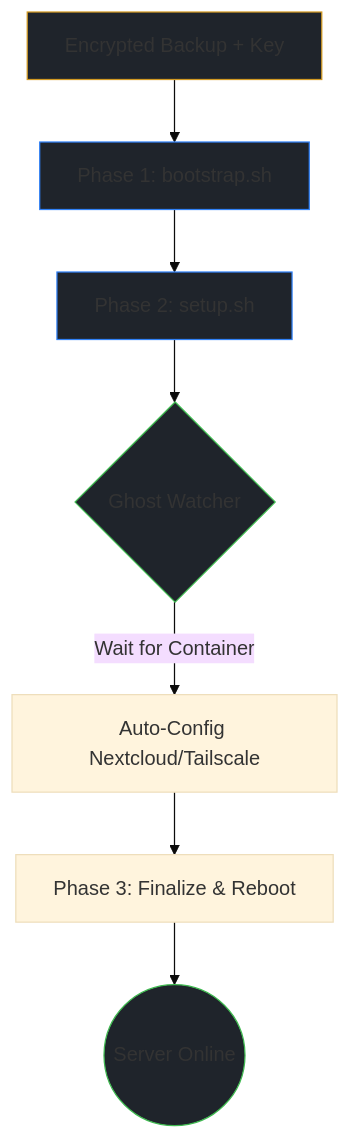
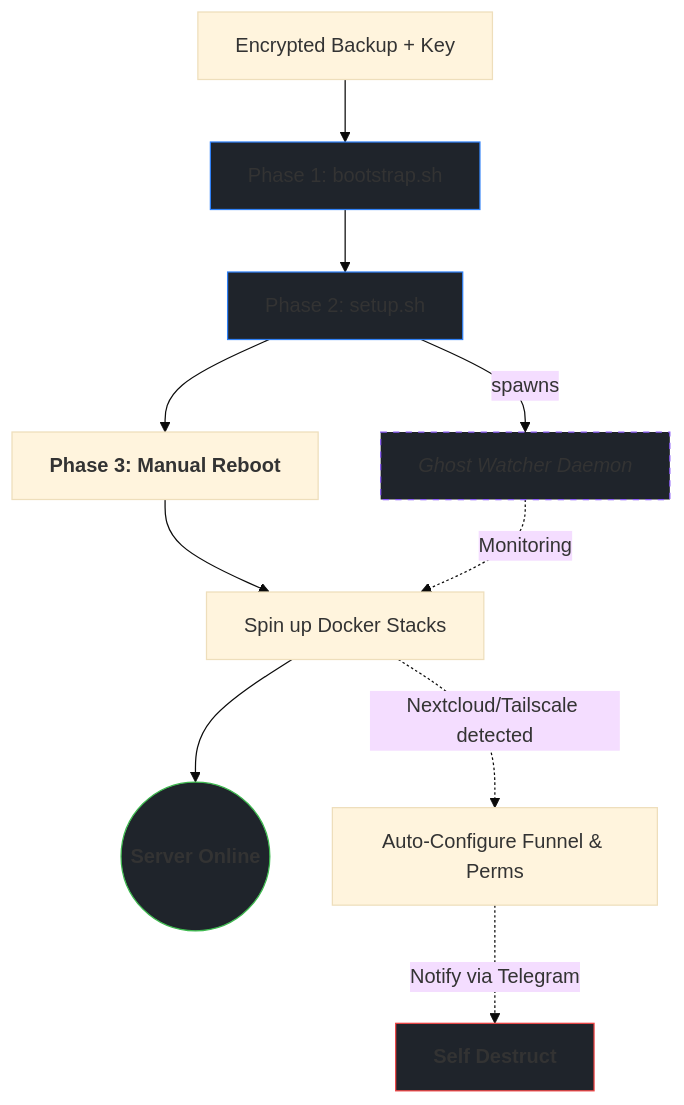
One commit to gravi-ctrl/homelab-blueprint changed the diagram in README.md. Above: the diagram before and after it, drawn with Mermaid (base theme). The commit also changed other lines of this file, not shown here.

````diff
--- a/README.md
+++ b/README.md
@@ -53,15 +54,25 @@
 ```mermaid
 graph TD
+    %% Main Path
     A[Encrypted Backup + Key] --> B[Phase 1: bootstrap.sh]
     B --> C[Phase 2: setup.sh]
-    C --> D{Ghost Watcher}
-    D -->|Wait for Container| E[Auto-Config Nextcloud/Tailscale]
-    E --> F[Phase 3: Finalize & Reboot]
-    F --> G((Server Online))
+    
+    %% The Spawning of the Ghost
+    C -- spawns --> GW[<i>Ghost Watcher Daemon</i>]
+    
+    C --> D[<b>Phase 3: Manual Reboot</b>]
+    D --> E[Spin up Docker Stacks]
+    E --> F((<b>Server Online</b>))
 
-    style A fill:#1f242b,stroke:#d29922
+    %% The Background Path
+    GW -.->|Monitoring| E
+    E -.->|Nextcloud/Tailscale detected| G[Auto-Configure Funnel & Perms]
+    G -.->|Notify via Telegram| H[<b>Self Destruct</b>]
+
+    %% Styling
+    style GW fill:#1f242b,stroke:#8b5cf6,stroke-dasharray: 5 5
+    style H fill:#1f242b,stroke:#ef4444
+    style F fill:#1f242b,stroke:#3fb950
     style B fill:#1f242b,stroke:#3081f7
     style C fill:#1f242b,stroke:#3081f7
-    style D fill:#1f242b,stroke:#3fb950
-    style G fill:#1f242b,stroke:#3fb950
 ```
````
